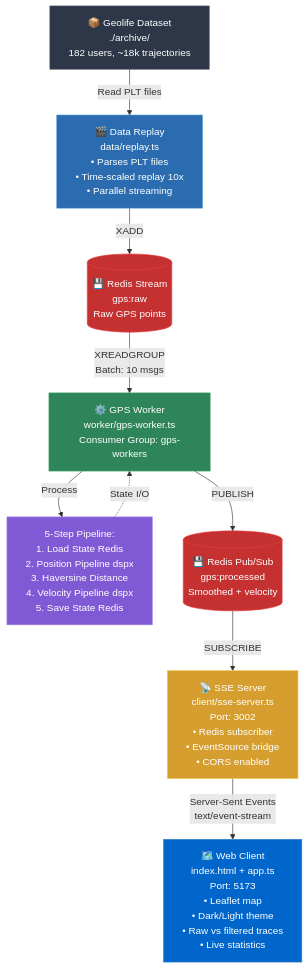
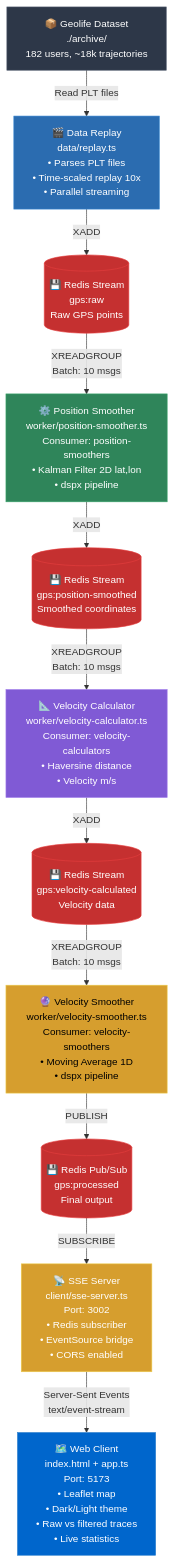
The first of 3 diagrams in ARCHITECTURE.md (A-KGeorge/serverless-gps-demo-dspx), drawn with Mermaid before and after one commit. The commit also changed other lines of this file and 6 other files, not shown here.

First line of the commit message:
feat: Refactor GPS processing into modular architecture with dedicated workers

````diff
--- a/ARCHITECTURE.md
+++ b/ARCHITECTURE.md
@@ -7,36 +7,47 @@
 ```mermaid
 flowchart TD
     Dataset[📦 Geolife Dataset<br/>./archive/<br/>182 users, ~18k trajectories]
 
     Replay[🎬 Data Replay<br/>data/replay.ts<br/>• Parses PLT files<br/>• Time-scaled replay 10x<br/>• Parallel streaming]
 
-    RedisStream[(💾 Redis Stream<br/>gps:raw<br/>Raw GPS points)]
+    RedisStream1[(💾 Redis Stream<br/>gps:raw<br/>Raw GPS points)]
 
-    Worker[⚙️ GPS Worker<br/>worker/gps-worker.ts<br/>Consumer Group: gps-workers]
+    Worker1[⚙️ Position Smoother<br/>worker/position-smoother.ts<br/>Consumer: position-smoothers<br/>• Kalman Filter 2D lat,lon<br/>• dspx pipeline]
 
-    Pipeline[5-Step Pipeline:<br/>1. Load State Redis<br/>2. Position Pipeline dspx<br/>3. Haversine Distance<br/>4. Velocity Pipeline dspx<br/>5. Save State Redis]
+    RedisStream2[(💾 Redis Stream<br/>gps:position-smoothed<br/>Smoothed coordinates)]
 
-    RedisPubSub[(💾 Redis Pub/Sub<br/>gps:processed<br/>Smoothed + velocity)]
+    Worker2[📐 Velocity Calculator<br/>worker/velocity-calculator.ts<br/>Consumer: velocity-calculators<br/>• Haversine distance<br/>• Velocity m/s]
+
+    RedisStream3[(💾 Redis Stream<br/>gps:velocity-calculated<br/>Velocity data)]
+
+    Worker3[🔮 Velocity Smoother<br/>worker/velocity-smoother.ts<br/>Consumer: velocity-smoothers<br/>• Moving Average 1D<br/>• dspx pipeline]
+
+    RedisPubSub[(💾 Redis Pub/Sub<br/>gps:processed<br/>Final output)]
 
     SSE[📡 SSE Server<br/>client/sse-server.ts<br/>Port: 3002<br/>• Redis subscriber<br/>• EventSource bridge<br/>• CORS enabled]
 
     Client[🗺️ Web Client<br/>index.html + app.ts<br/>Port: 5173<br/>• Leaflet map<br/>• Dark/Light theme<br/>• Raw vs filtered traces<br/>• Live statistics]
 
     Dataset -->|Read PLT files| Replay
-    Replay -->|XADD| RedisStream
-    RedisStream -->|XREADGROUP<br/>Batch: 10 msgs| Worker
-    Worker -->|Process| Pipeline
-    Pipeline -.->|State I/O| Worker
-    Worker -->|PUBLISH| RedisPubSub
+    Replay -->|XADD| RedisStream1
+    RedisStream1 -->|XREADGROUP<br/>Batch: 10 msgs| Worker1
+    Worker1 -->|XADD| RedisStream2
+    RedisStream2 -->|XREADGROUP<br/>Batch: 10 msgs| Worker2
+    Worker2 -->|XADD| RedisStream3
+    RedisStream3 -->|XREADGROUP<br/>Batch: 10 msgs| Worker3
+    Worker3 -->|PUBLISH| RedisPubSub
     RedisPubSub -->|SUBSCRIBE| SSE
     SSE -->|Server-Sent Events<br/>text/event-stream| Client
 
     style Dataset fill:#2d3748,stroke:#4a5568,color:#fff
     style Replay fill:#2b6cb0,stroke:#3182ce,color:#fff
-    style RedisStream fill:#c53030,stroke:#e53e3e,color:#fff
-    style Worker fill:#2f855a,stroke:#38a169,color:#fff
-    style Pipeline fill:#805ad5,stroke:#9f7aea,color:#fff
+    style RedisStream1 fill:#c53030,stroke:#e53e3e,color:#fff
+    style Worker1 fill:#2f855a,stroke:#38a169,color:#fff
+    style RedisStream2 fill:#c53030,stroke:#e53e3e,color:#fff
+    style Worker2 fill:#805ad5,stroke:#9f7aea,color:#fff
+    style RedisStream3 fill:#c53030,stroke:#e53e3e,color:#fff
+    style Worker3 fill:#d69e2e,stroke:#ecc94b,color:#000
     style RedisPubSub fill:#c53030,stroke:#e53e3e,color:#fff
     style SSE fill:#d69e2e,stroke:#ecc94b,color:#fff
     style Client fill:#0066cc,stroke:#3182ce,color:#fff
 ```
````
